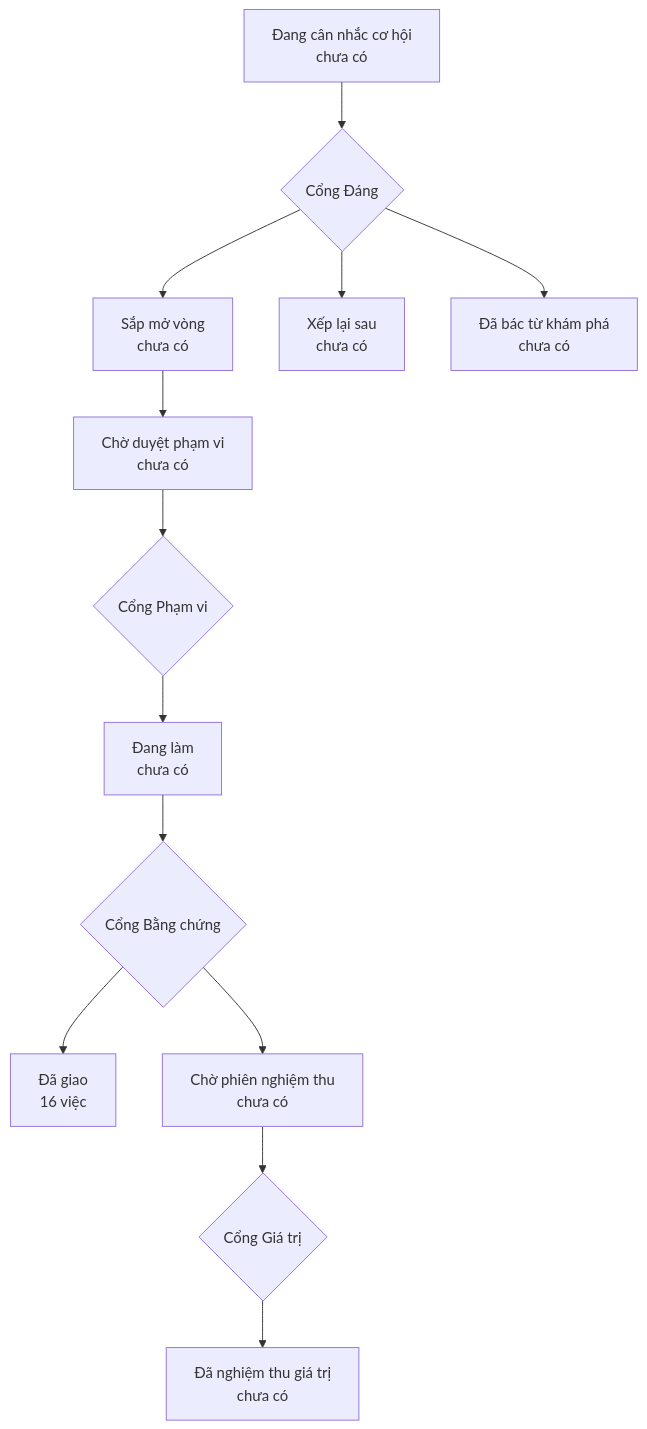
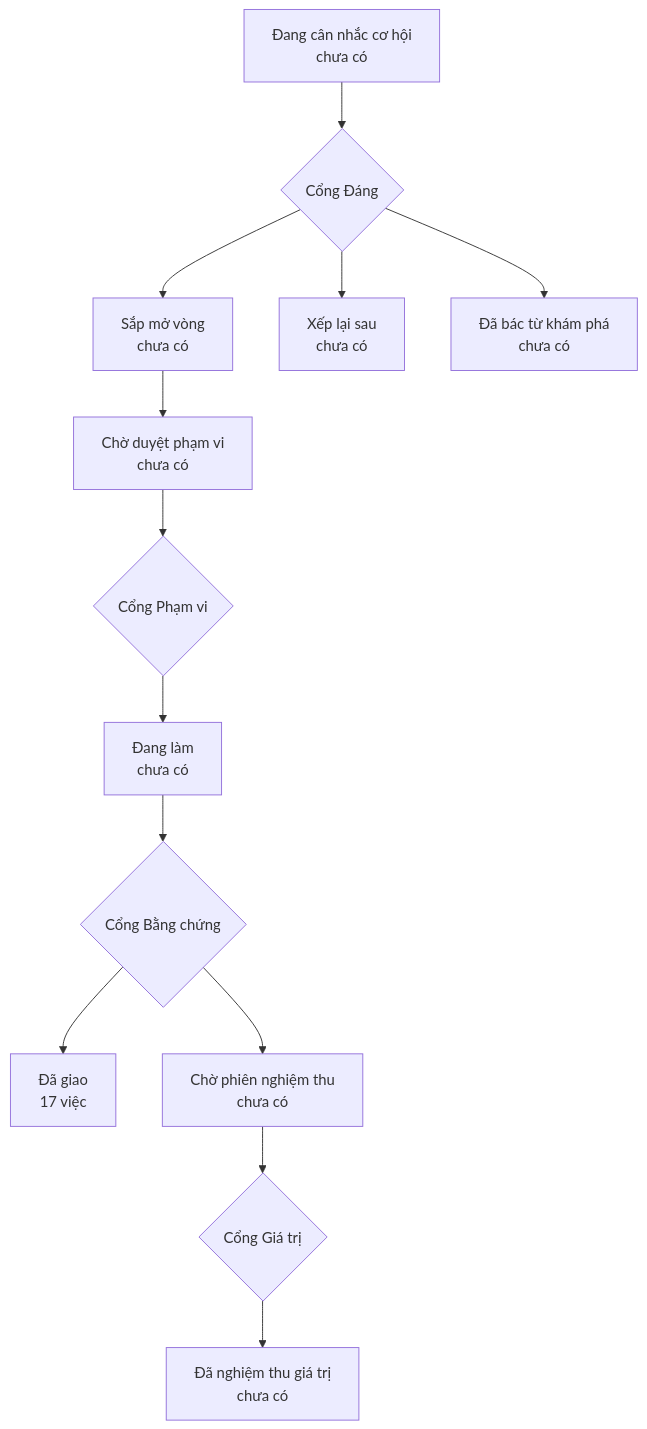
The diagram in PRODUCT-MAP.md (phanlemanh/onehub-invest), drawn with Mermaid before and after one commit.

Commit message:
chore: sinh lại PRODUCT-MAP sau merge main 90c712f

````diff
--- a/PRODUCT-MAP.md
+++ b/PRODUCT-MAP.md
@@ -6,12 +6,12 @@
 ```mermaid
 flowchart TD
   A["Đang cân nhắc cơ hội<br/>chưa có"] --> GD{"Cổng Đáng"}
   GD --> B["Sắp mở vòng<br/>chưa có"]
   GD --> XL["Xếp lại sau<br/>chưa có"]
   GD --> DB["Đã bác từ khám phá<br/>chưa có"]
   B --> CD["Chờ duyệt phạm vi<br/>chưa có"] --> GP{"Cổng Phạm vi"}
   GP --> DL["Đang làm<br/>chưa có"] --> GB{"Cổng Bằng chứng"}
-  GB --> DG["Đã giao<br/>16 việc"]
+  GB --> DG["Đã giao<br/>17 việc"]
   GB --> CN["Chờ phiên nghiệm thu<br/>chưa có"] --> GG{"Cổng Giá trị"}
   GG --> NT["Đã nghiệm thu giá trị<br/>chưa có"]
 ```
````
